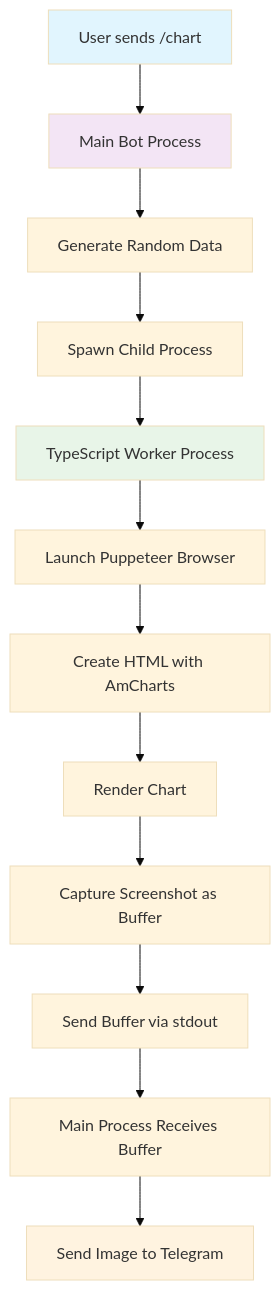
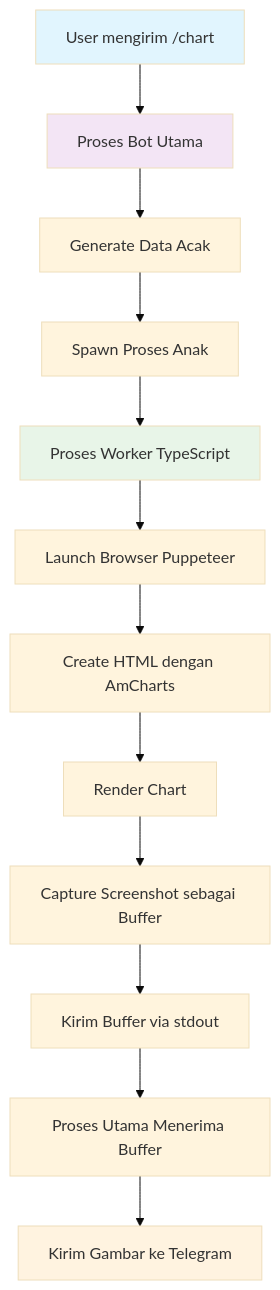
Before and after one commit to EgieSugina/Bot-Telegram-TypeScript: the first of 2 diagrams in bot-telegram-with-subs-proc/README.md, drawn with Mermaid (base theme). The commit also changed other lines of this file, not shown here.

````diff
--- a/bot-telegram-with-subs-proc/README.md
+++ b/bot-telegram-with-subs-proc/README.md
@@ -82,19 +82,19 @@
 ```mermaid
 graph TD
-    A[User sends /chart] --> B[Main Bot Process]
-    B --> C[Generate Random Data]
-    C --> D[Spawn Child Process]
-    D --> E[TypeScript Worker Process]
-    E --> F[Launch Puppeteer Browser]
-    F --> G[Create HTML with AmCharts]
+    A[User mengirim /chart] --> B[Proses Bot Utama]
+    B --> C[Generate Data Acak]
+    C --> D[Spawn Proses Anak]
+    D --> E[Proses Worker TypeScript]
+    E --> F[Launch Browser Puppeteer]
+    F --> G[Create HTML dengan AmCharts]
     G --> H[Render Chart]
-    H --> I[Capture Screenshot as Buffer]
-    I --> J[Send Buffer via stdout]
-    J --> K[Main Process Receives Buffer]
-    K --> L[Send Image to Telegram]
+    H --> I[Capture Screenshot sebagai Buffer]
+    I --> J[Kirim Buffer via stdout]
+    J --> K[Proses Utama Menerima Buffer]
+    K --> L[Kirim Gambar ke Telegram]
     
     style A fill:#e1f5fe
     style B fill:#f3e5f5
     style E fill:#e8f5e8
     style L fill:#fff3e0
 ```
````
